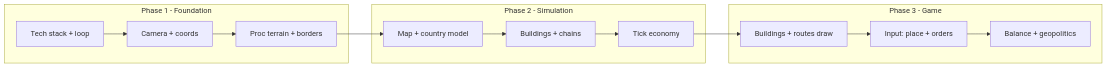
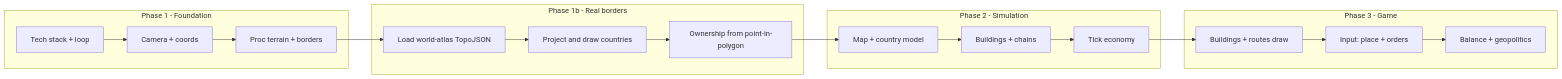
Before and after one commit to mateuszBetlej4/Something: the diagram in docs/PLAN.md, drawn with Mermaid. The commit also changed other lines of this file, not shown here.

Commit message:
feat(docs): update development plan to include Phase 1b for real-world borders
- Added Phase 1b to the development plan, detailing the loading of world-atlas TopoJSON, projecting and drawing countries, and assigning ownership based on point-in-polygon calculations.
- Updated flowchart to reflect the new phase in the project timeline.

````diff
--- a/docs/PLAN.md
+++ b/docs/PLAN.md
@@ -82,19 +82,24 @@
 ```mermaid
 flowchart LR
   subgraph phase1 [Phase 1 - Foundation]
     A[Tech stack + loop]
     B[Camera + coords]
     C[Proc terrain + borders]
+  end
+  subgraph phase1b [Phase 1b - Real borders]
+    B1[Load world-atlas TopoJSON]
+    B2[Project and draw countries]
+    B3[Ownership from point-in-polygon]
   end
   subgraph phase2 [Phase 2 - Simulation]
     D[Map + country model]
     E[Buildings + chains]
     F[Tick economy]
   end
   subgraph phase3 [Phase 3 - Game]
     G[Buildings + routes draw]
     H[Input: place + orders]
     I[Balance + geopolitics]
   end
-  A --> B --> C --> D --> E --> F --> G --> H --> I
+  A --> B --> C --> B1 --> B2 --> B3 --> D --> E --> F --> G --> H --> I
 ```
````
